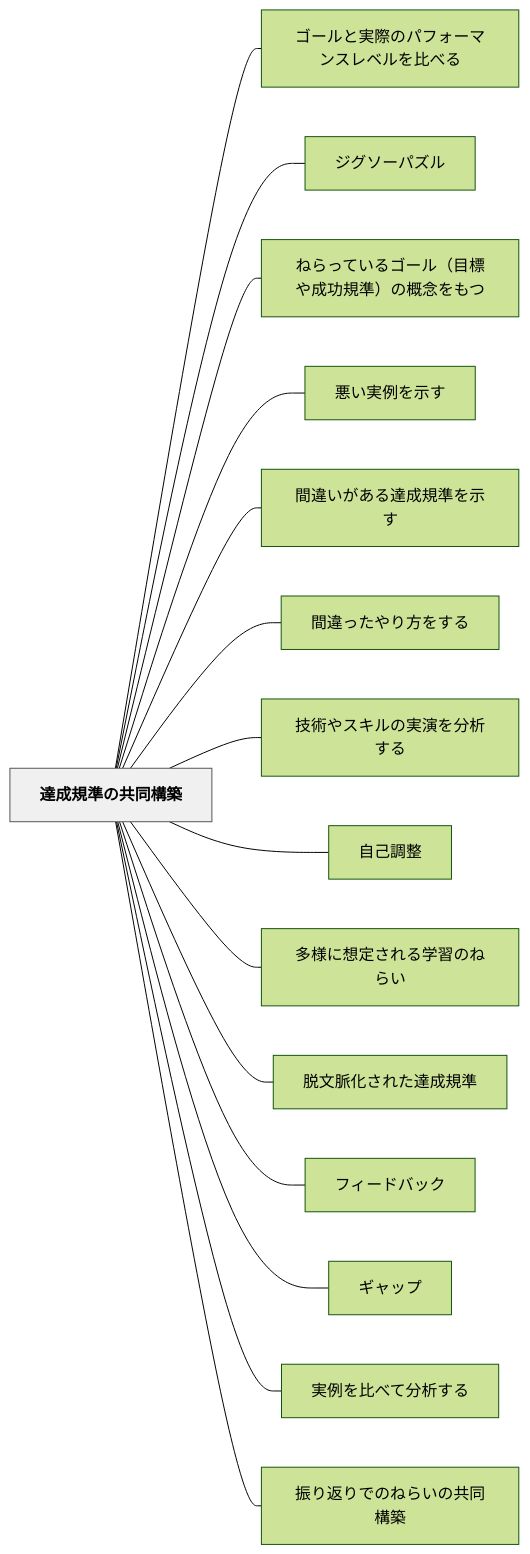
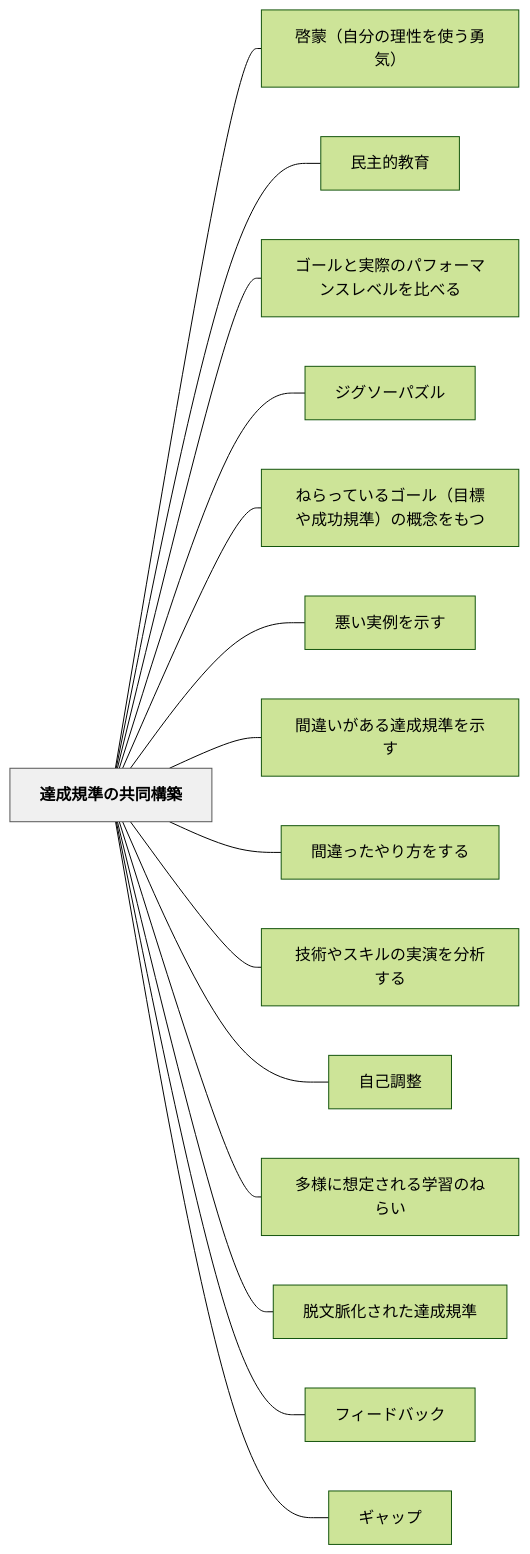
One commit to unknownthings-ed-patterns/unknownthings-ed-patterns changed the diagram in content/パタン/達成規準の共同構築.md. Above: the diagram before and after it, drawn with Mermaid (forest theme). The commit also changed other lines of this file and 16 other files, not shown here.

````diff
--- a/content/パタン/達成規準の共同構築.md
+++ b/content/パタン/達成規準の共同構築.md
@@ -64,36 +66,36 @@
 ```mermaid
 flowchart LR
     ne98194e68890e8a68fe6ba96e381aee585b1e5908ce6a78be7af89["達成規準の共同構築"]
+    ne59593e89299efbc88e887aae58886e381aee79086e680a7e38292e4bdbfe38186e58b87e6b097efbc89["啓蒙（自分の理性を使う勇気）"]
+    ne6b091e4b8bbe79a84e69599e882b2["民主的教育"]
     ne382b4e383bce383abe381a8e5ae9fe99a9be381aee38391e38395e382a9e383bce3839ee383b3e382b9e383ace38399e383abe38292e6af94e381b9e3828b["ゴールと実際のパフォーマンスレベルを比べる"]
     ne382b8e382b0e382bde383bce38391e382bae383ab["ジグソーパズル"]
     ne381ade38289e381a3e381a6e38184e3828be382b4e383bce383abefbc88e79baee6a899e38284e68890e58a9fe8a68fe6ba96efbc89e381aee6a682e5bfb5e38292e38282e381a4["ねらっているゴール（目標や成功規準）の概念をもつ"]
     ne682aae38184e5ae9fe4be8be38292e7a4bae38199["悪い実例を示す"]
     ne99693e98195e38184e3818ce38182e3828be98194e68890e8a68fe6ba96e38292e7a4bae38199["間違いがある達成規準を示す"]
     ne99693e98195e381a3e3819fe38284e3828ae696b9e38292e38199e3828b["間違ったやり方をする"]
     ne68a80e8a193e38284e382b9e382ade383abe381aee5ae9fe6bc94e38292e58886e69e90e38199e3828b["技術やスキルの実演を分析する"]
     ne887aae5b7b1e8aabfe695b4["自己調整"]
     ne5a49ae6a798e381abe683b3e5ae9ae38195e3828ce3828be5ada6e7bf92e381aee381ade38289e38184["多様に想定される学習のねらい"]
     ne884b1e69687e88488e58c96e38195e3828ce3819fe98194e68890e8a68fe6ba96["脱文脈化された達成規準"]
     ne38395e382a3e383bce38389e38390e38383e382af["フィードバック"]
     ne382aee383a3e38383e38397["ギャップ"]
-    ne5ae9fe4be8be38292e6af94e381b9e381a6e58886e69e90e38199e3828b["実例を比べて分析する"]
-    ne68cafe3828ae8bf94e3828ae381a7e381aee381ade38289e38184e381aee585b1e5908ce6a78be7af89["振り返りでのねらいの共同構築"]
 
+    ne98194e68890e8a68fe6ba96e381aee585b1e5908ce6a78be7af89 --- ne59593e89299efbc88e887aae58886e381aee79086e680a7e38292e4bdbfe38186e58b87e6b097efbc89
+    ne98194e68890e8a68fe6ba96e381aee585b1e5908ce6a78be7af89 --- ne6b091e4b8bbe79a84e69599e882b2
     ne98194e68890e8a68fe6ba96e381aee585b1e5908ce6a78be7af89 --- ne382b4e383bce383abe381a8e5ae9fe99a9be381aee38391e38395e382a9e383bce3839ee383b3e382b9e383ace38399e383abe38292e6af94e381b9e3828b
     ne98194e68890e8a68fe6ba96e381aee585b1e5908ce6a78be7af89 --- ne382b8e382b0e382bde383bce38391e382bae383ab
     ne98194e68890e8a68fe6ba96e381aee585b1e5908ce6a78be7af89 --- ne381ade38289e381a3e381a6e38184e3828be382b4e383bce383abefbc88e79baee6a899e38284e68890e58a9fe8a68fe6ba96efbc89e381aee6a682e5bfb5e38292e38282e381a4
     ne98194e68890e8a68fe6ba96e381aee585b1e5908ce6a78be7af89 --- ne682aae38184e5ae9fe4be8be38292e7a4bae38199
     ne98194e68890e8a68fe6ba96e381aee585b1e5908ce6a78be7af89 --- ne99693e98195e38184e3818ce38182e3828be98194e68890e8a68fe6ba96e38292e7a4bae38199
     ne98194e68890e8a68fe6ba96e381aee585b1e5908ce6a78be7af89 --- ne99693e98195e381a3e3819fe38284e3828ae696b9e38292e38199e3828b
     ne98194e68890e8a68fe6ba96e381aee585b1e5908ce6a78be7af89 --- ne68a80e8a193e38284e382b9e382ade383abe381aee5ae9fe6bc94e38292e58886e69e90e38199e3828b
     ne98194e68890e8a68fe6ba96e381aee585b1e5908ce6a78be7af89 --- ne887aae5b7b1e8aabfe695b4
     ne98194e68890e8a68fe6ba96e381aee585b1e5908ce6a78be7af89 --- ne5a49ae6a798e381abe683b3e5ae9ae38195e3828ce3828be5ada6e7bf92e381aee381ade38289e38184
     ne98194e68890e8a68fe6ba96e381aee585b1e5908ce6a78be7af89 --- ne884b1e69687e88488e58c96e38195e3828ce3819fe98194e68890e8a68fe6ba96
     ne98194e68890e8a68fe6ba96e381aee585b1e5908ce6a78be7af89 --- ne38395e382a3e383bce38389e38390e38383e382af
     ne98194e68890e8a68fe6ba96e381aee585b1e5908ce6a78be7af89 --- ne382aee383a3e38383e38397
-    ne98194e68890e8a68fe6ba96e381aee585b1e5908ce6a78be7af89 --- ne5ae9fe4be8be38292e6af94e381b9e381a6e58886e69e90e38199e3828b
-    ne98194e68890e8a68fe6ba96e381aee585b1e5908ce6a78be7af89 --- ne68cafe3828ae8bf94e3828ae381a7e381aee381ade38289e38184e381aee585b1e5908ce6a78be7af89
 
     classDef hub fill:#f0f0f0,stroke:#555,color:#000,font-weight:bold
     class ne98194e68890e8a68fe6ba96e381aee585b1e5908ce6a78be7af89 hub
 ```
````
